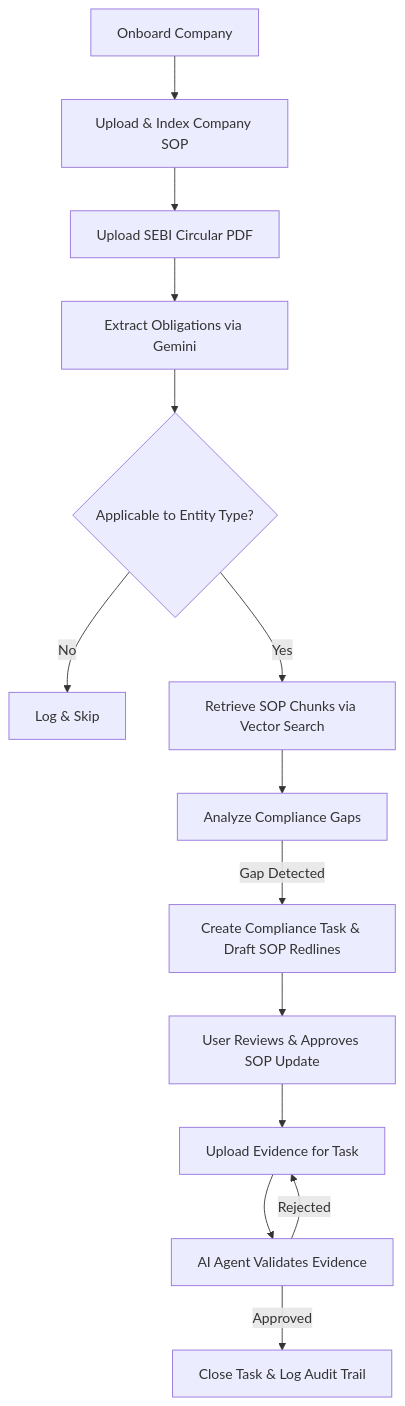
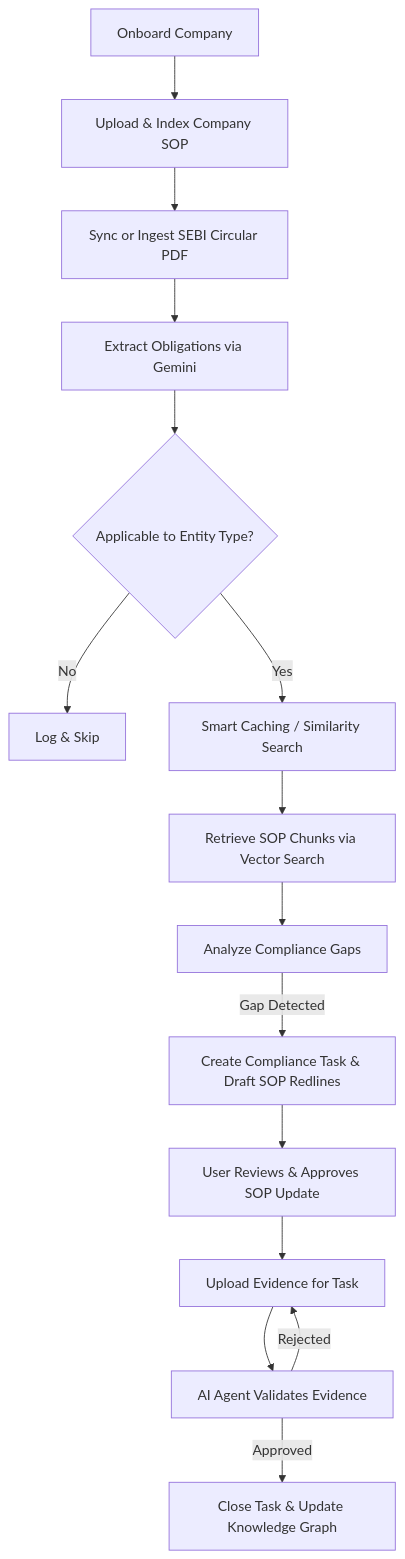
One commit to ashokpsgitech/SEBI-hackathon--RegIntel-AI changed the diagram in README.md. Above: the diagram before and after it, drawn with Mermaid. The commit also changed other lines of this file and 8 other files, not shown here.

Commit message:
feat: implement remaining compliance roadmap modules (Knowledge Graph, Circular Comparer, Orchestrator Traces, Document Intelligence, Smart Caching, OCR fallback, and prompt refinements)

````diff
--- a/README.md
+++ b/README.md
@@ -37,16 +43,17 @@
 ```mermaid
 graph TD
     A[Onboard Company] --> B[Upload & Index Company SOP]
-    B --> C[Upload SEBI Circular PDF]
+    B --> C[Sync or Ingest SEBI Circular PDF]
     C --> D[Extract Obligations via Gemini]
     D --> E{Applicable to Entity Type?}
     E -- No --> F[Log & Skip]
-    E -- Yes --> G[Retrieve SOP Chunks via Vector Search]
-    G --> H[Analyze Compliance Gaps]
-    H -- Gap Detected --> I[Create Compliance Task & Draft SOP Redlines]
-    I --> J[User Reviews & Approves SOP Update]
-    J --> K[Upload Evidence for Task]
-    K --> L[AI Agent Validates Evidence]
-    L -- Approved --> M[Close Task & Log Audit Trail]
-    L -- Rejected --> K
+    E -- Yes --> G[Smart Caching / Similarity Search]
+    G --> H[Retrieve SOP Chunks via Vector Search]
+    H --> I[Analyze Compliance Gaps]
+    I -- Gap Detected --> J[Create Compliance Task & Draft SOP Redlines]
+    J --> K[User Reviews & Approves SOP Update]
+    K --> L[Upload Evidence for Task]
+    L --> M[AI Agent Validates Evidence]
+    M -- Approved --> N[Close Task & Update Knowledge Graph]
+    M -- Rejected --> L
 ```
````
